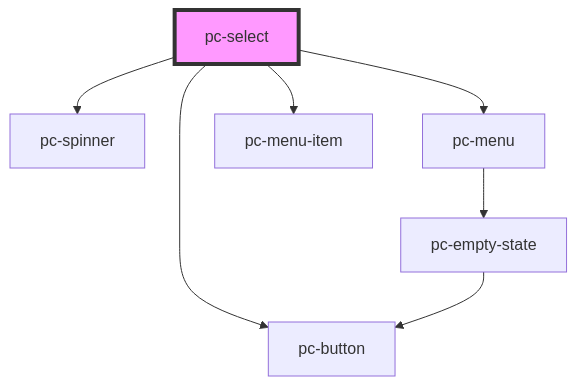
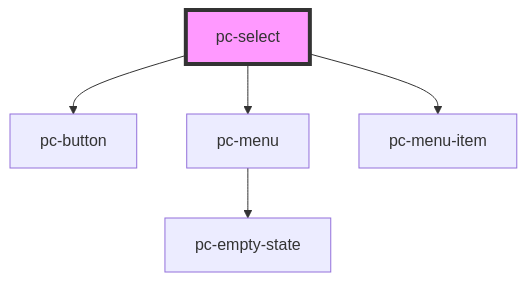
Before and after one commit to redvars/peacock: the diagram in src/components/input-controls/select/readme.md, drawn with Mermaid. The commit also changed other lines of this file and 110 other files, not shown here.

````diff
--- a/src/components/input-controls/select/readme.md
+++ b/src/components/input-controls/select/readme.md
@@ -104,10 +103,8 @@
 ```mermaid
 graph TD;
   pc-select --> pc-button
-  pc-select --> pc-spinner
   pc-select --> pc-menu
   pc-select --> pc-menu-item
   pc-menu --> pc-empty-state
-  pc-empty-state --> pc-button
   style pc-select fill:#f9f,stroke:#333,stroke-width:4px
 ```
````
